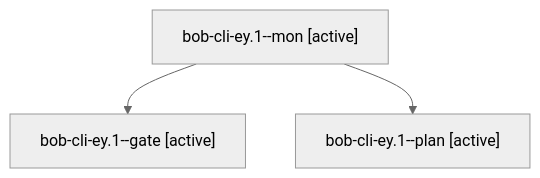
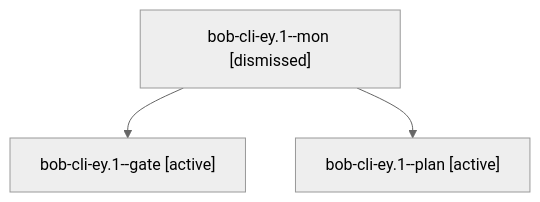
Before and after one commit to bobs-org/bob-cli--agents: the diagram in sessions/bbugyi200.apollo.bob-cli-ey.1.md, drawn with Mermaid (neutral theme). The commit also changed other lines of this file and 310 other files, not shown here.

````diff
--- a/sessions/bbugyi200.apollo.bob-cli-ey.1.md
+++ b/sessions/bbugyi200.apollo.bob-cli-ey.1.md
@@ -9,8 +9,8 @@
 ```mermaid
 flowchart TD
-  n0["bob-cli-ey.1--mon [active]"]
+  n0["bob-cli-ey.1--mon [dismissed]"]
   n1["bob-cli-ey.1--gate [active]"]
   n0 --> n1
   n2["bob-cli-ey.1--plan [active]"]
   n0 --> n2
 ```
````
